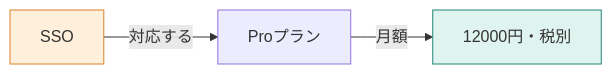
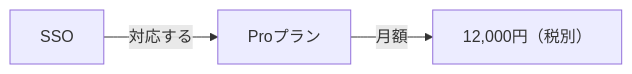
Before and after one commit to kouji0705/rag-study: the first of 2 diagrams in books/cd019af39edb03/15-relate.md, drawn with Mermaid. The commit also changed other lines of this file and 18 other files, not shown here.

````diff
--- a/books/cd019af39edb03/15-relate.md
+++ b/books/cd019af39edb03/15-relate.md
@@ -7,7 +31,5 @@
-```mermaid
+```mermaid:
 flowchart LR
-    S["SSO"] -->|対応する| P["Proプラン"]
-    P -->|月額| Y["12000円・税別"]
-    style S fill:#fff0db,stroke:#d9822b
-    style Y fill:#dff4ef,stroke:#228678
+    A["SSO"] -->|対応する| B["Proプラン"]
+    B -->|月額| C["12,000円（税別）"]
 ```
````
